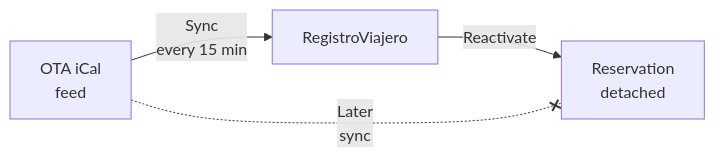
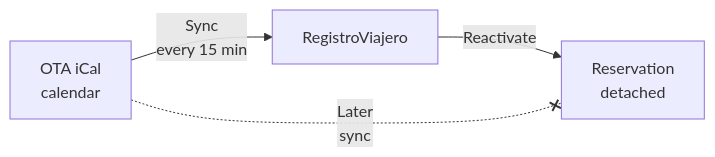
The diagram in docs/en/guide/reactivate-cancelled-booking.md (registroviajero/help), drawn with Mermaid before and after one commit. The commit also changed other lines of this file and 21 other files, not shown here.

````diff
--- a/docs/en/guide/reactivate-cancelled-booking.md
+++ b/docs/en/guide/reactivate-cancelled-booking.md
@@ -30,6 +30,6 @@
 ```mermaid
 flowchart LR
-  OTA[OTA iCal<br/>feed] -- "Sync<br/>every 15 min" --> RV[RegistroViajero]
+  OTA[OTA iCal<br/>calendar] -- "Sync<br/>every 15 min" --> RV[RegistroViajero]
   RV -- "Reactivate" --> Det[Reservation<br/>detached]
   OTA -. "Later<br/>sync" .-x Det
 ```
````
